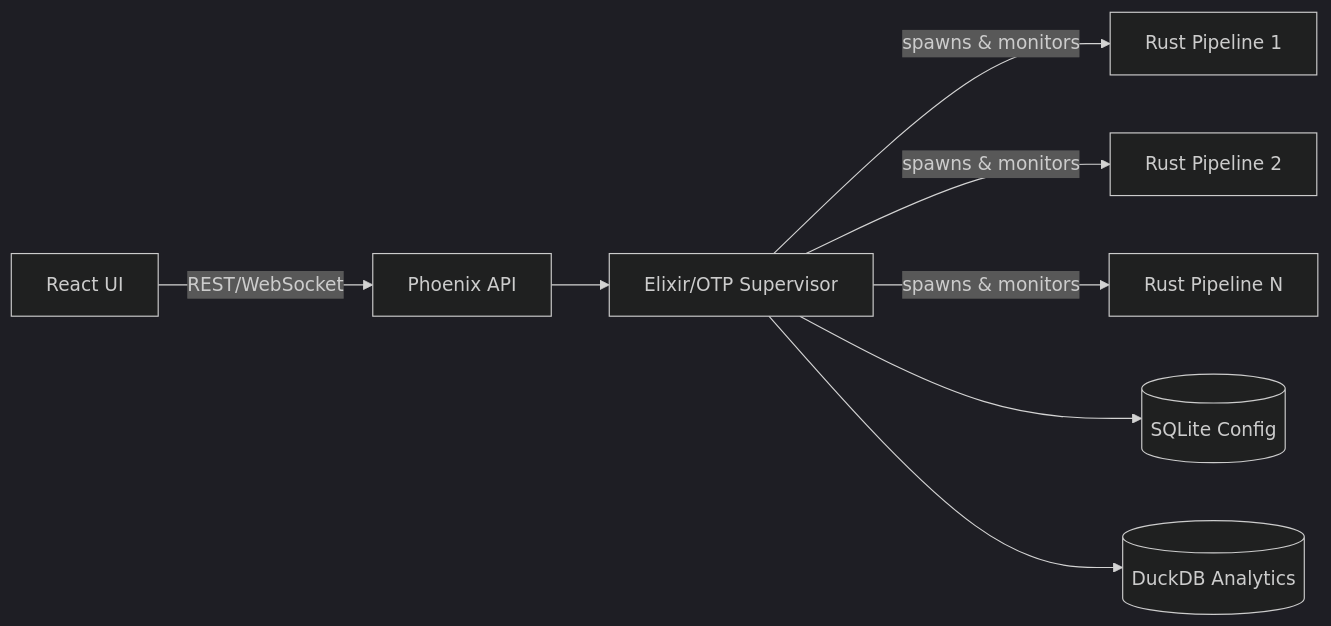
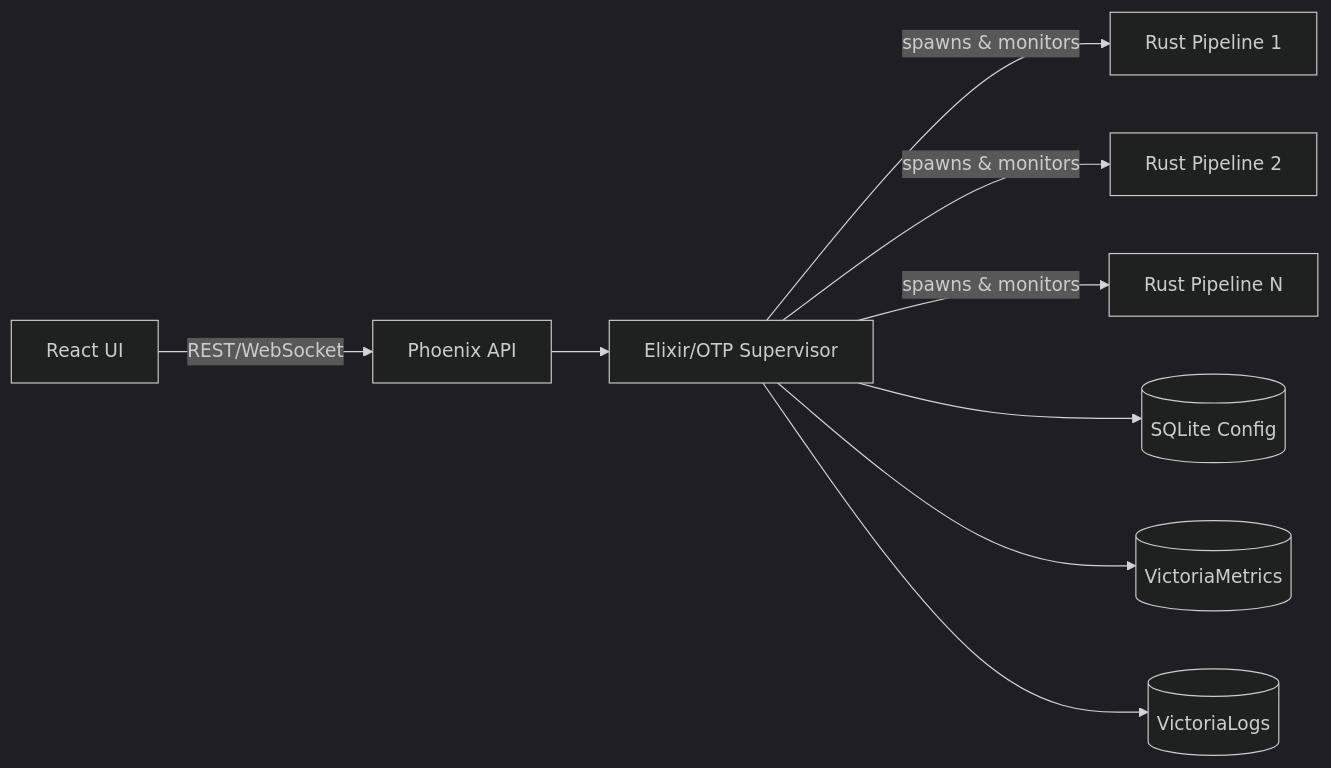
The diagram in README.md (abc3/hydra-srt), drawn with Mermaid (dark theme) before and after one commit. The commit also changed other lines of this file and 44 other files, not shown here.

Commit message:
refactor: replace duckdb to VictoriaMetrics/VictoriaLogs

````diff
--- a/README.md
+++ b/README.md
@@ -66,10 +66,11 @@
 ```mermaid
 flowchart LR
   UI[React UI] -->|REST/WebSocket| API[Phoenix API]
   API --> Control[Elixir/OTP Supervisor]
   Control -->|spawns & monitors| Pipeline1[Rust Pipeline 1]
   Control -->|spawns & monitors| Pipeline2[Rust Pipeline 2]
   Control -->|spawns & monitors| PipelineN[Rust Pipeline N]
   Control --> SQLite[(SQLite Config)]
-  Control --> DuckDB[(DuckDB Analytics)]
+  Control --> VictoriaMetrics[(VictoriaMetrics)]
+  Control --> VictoriaLogs[(VictoriaLogs)]
 ```
````
